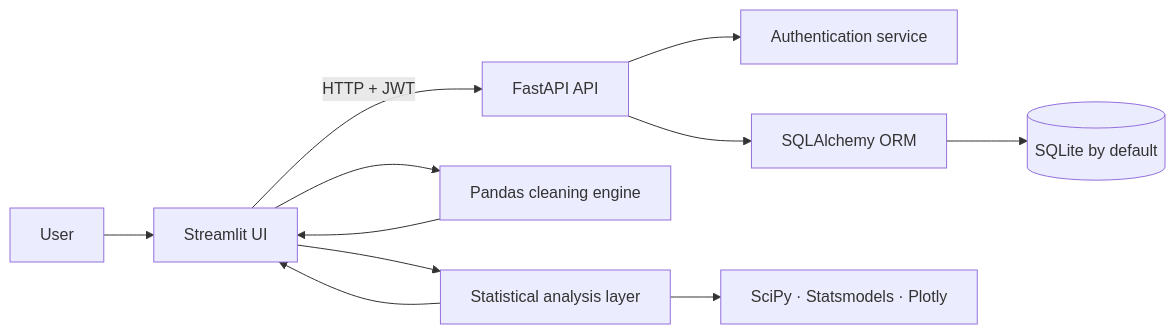
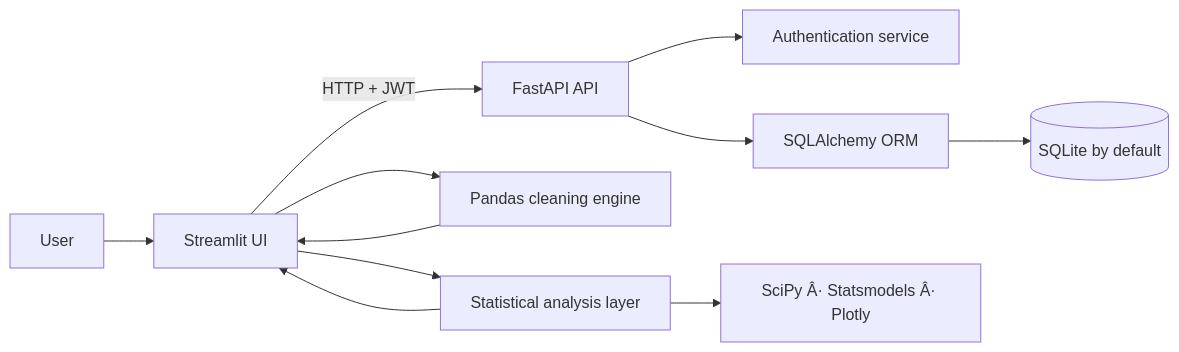
One commit to emanellari/CESA changed the diagram in README.md. Above: the diagram before and after it, drawn with Mermaid. The commit also changed other lines of this file, not shown here.

````diff
--- a/README.md
+++ b/README.md
@@ -206,13 +370,13 @@
 ```mermaid
 flowchart LR
     U[User] --> UI[Streamlit UI]
     UI -->|HTTP + JWT| API[FastAPI API]
     UI --> CLEAN[Pandas cleaning engine]
     UI --> ANALYSIS[Statistical analysis layer]
     CLEAN --> UI
     ANALYSIS --> UI
     API --> AUTH[Authentication service]
     API --> ORM[SQLAlchemy ORM]
     ORM --> DB[(SQLite by default)]
-    ANALYSIS --> LIBS[SciPy · Statsmodels · Plotly]
+    ANALYSIS --> LIBS[SciPy Â· Statsmodels Â· Plotly]
 ```
````
